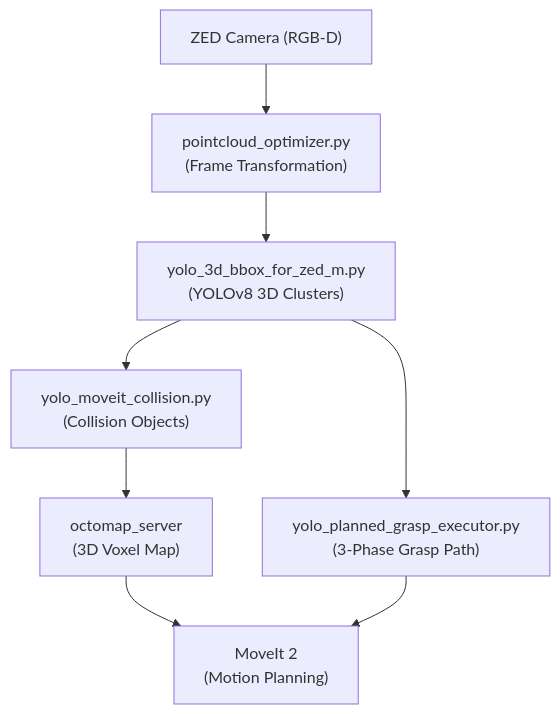
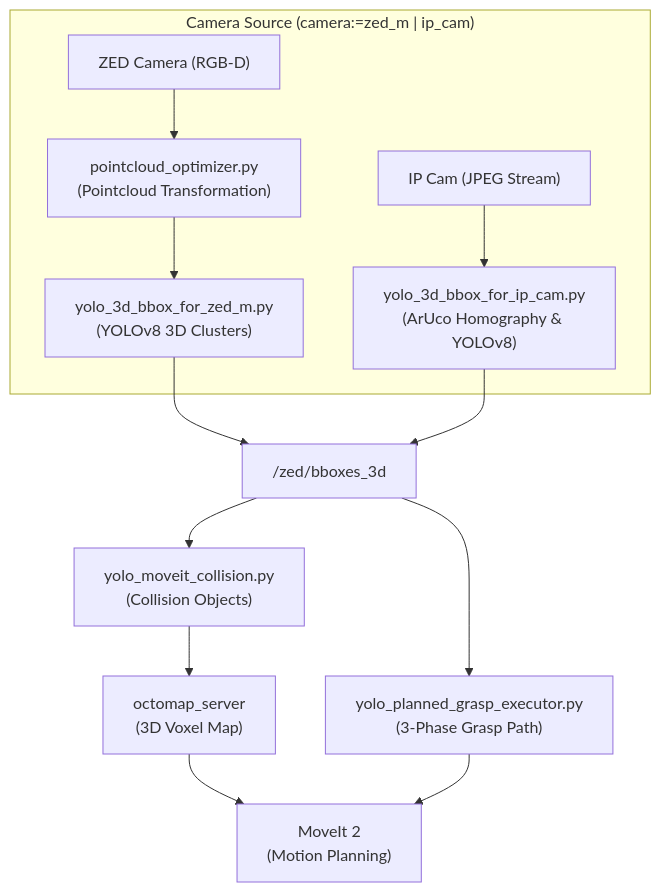
One commit to lu4k87/my_xarm_lite6-extended changed the second of 9 diagrams in README.md. Above: the diagram before and after it, drawn with Mermaid. The commit also changed other lines of this file and 7 other files, not shown here.

Commit message:
feat(vision): unify robot vision cameras bringup with camera toggle & cleanup

````diff
--- a/README.md
+++ b/README.md
@@ -537,10 +537,15 @@
 ```mermaid
 flowchart TD
-    ZED["ZED Camera (RGB-D)"] --> PC["pointcloud_optimizer.py<br/>(Frame Transformation)"]
-    PC --> YOLO["yolo_3d_bbox_for_zed_m.py<br/>(YOLOv8 3D Clusters)"]
-    YOLO --> COLL["yolo_moveit_collision.py<br/>(Collision Objects)"]
-    YOLO --> GRASP["yolo_planned_grasp_executor.py<br/>(3-Phase Grasp Path)"]
+    subgraph Cameras ["Camera Source (camera:=zed_m | ip_cam)"]
+        ZED["ZED Camera (RGB-D)"] --> PC["pointcloud_optimizer.py<br/>(Pointcloud Transformation)"]
+        PC --> YOLO_ZED["yolo_3d_bbox_for_zed_m.py<br/>(YOLOv8 3D Clusters)"]
+        IP["IP Cam (JPEG Stream)"] --> YOLO_IP["yolo_3d_bbox_for_ip_cam.py<br/>(ArUco Homography & YOLOv8)"]
+    end
+    YOLO_ZED --> BBOX["/zed/bboxes_3d"]
+    YOLO_IP --> BBOX
+    BBOX --> COLL["yolo_moveit_collision.py<br/>(Collision Objects)"]
+    BBOX --> GRASP["yolo_planned_grasp_executor.py<br/>(3-Phase Grasp Path)"]
     COLL --> OCTO["octomap_server<br/>(3D Voxel Map)"]
     OCTO --> MOVEIT["MoveIt 2<br/>(Motion Planning)"]
     GRASP --> MOVEIT
 ```
````
